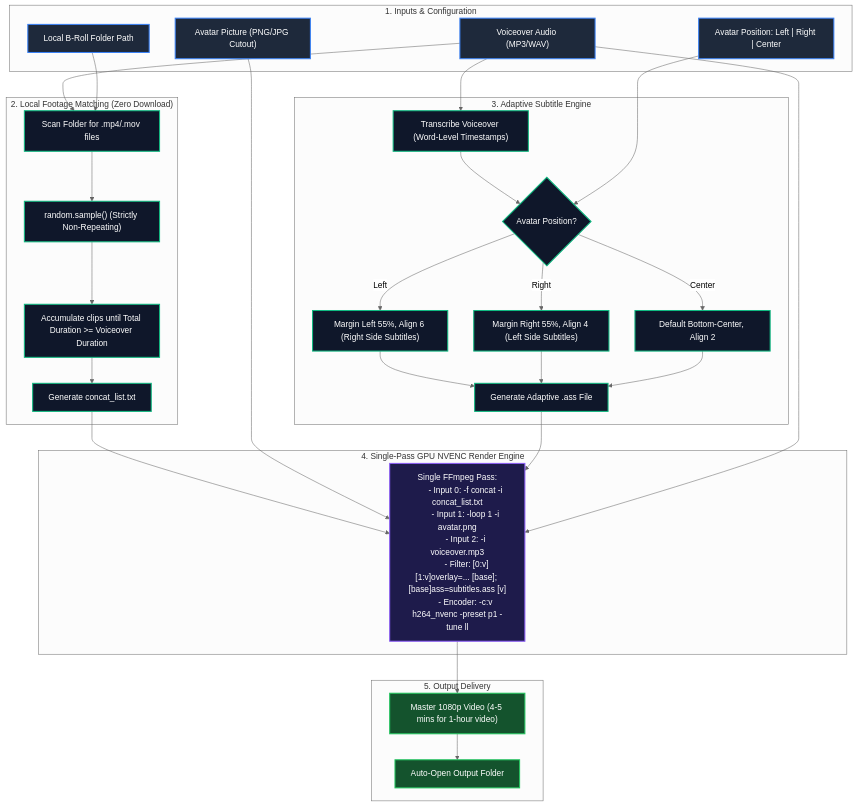
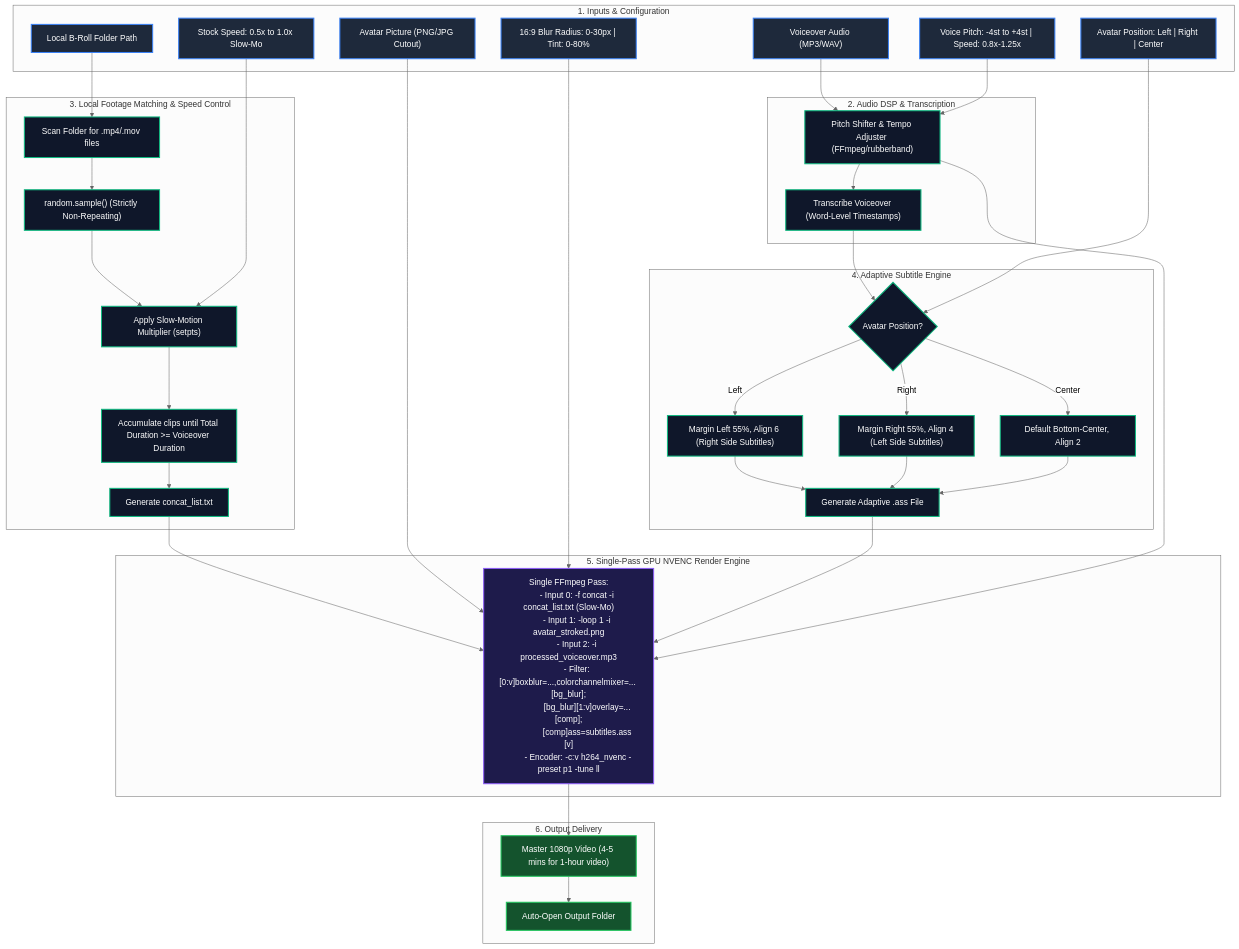
Before and after one commit to abidalidevv/voiceover-to-video: the diagram in extra/NEW_AVATAR_VIDEO_ENGINE_PLAN.md, drawn with Mermaid (neutral theme). The commit also changed other lines of this file, not shown here.

Commit message:
docs: enrich Avatar Storyteller Engine plan with niches, voice pitch/speed, stock slow-mo, 16:9 full blur, and Claude kickoff prompt

````diff
--- a/extra/NEW_AVATAR_VIDEO_ENGINE_PLAN.md
+++ b/extra/NEW_AVATAR_VIDEO_ENGINE_PLAN.md
@@ -17,58 +37,71 @@
 ```mermaid
 flowchart TD
     classDef inputStyle fill:#1e293b,stroke:#3b82f6,stroke-width:2px,color:#fff;
     classDef engineStyle fill:#0f172a,stroke:#10b981,stroke-width:2px,color:#fff;
     classDef renderStyle fill:#1e1b4b,stroke:#8b5cf6,stroke-width:2px,color:#fff;
     classDef outStyle fill:#14532d,stroke:#22c55e,stroke-width:2px,color:#fff;
 
     subgraph Inputs ["1. Inputs & Configuration"]
         VO["Voiceover Audio (MP3/WAV)"]:::inputStyle
+        PITCH["Voice Pitch: -4st to +4st | Speed: 0.8x-1.25x"]:::inputStyle
         AV["Avatar Picture (PNG/JPG Cutout)"]:::inputStyle
         AV_POS["Avatar Position: Left | Right | Center"]:::inputStyle
         FOLDER["Local B-Roll Folder Path"]:::inputStyle
+        SPEED["Stock Speed: 0.5x to 1.0x Slow-Mo"]:::inputStyle
+        BLUR["16:9 Blur Radius: 0-30px | Tint: 0-80%"]:::inputStyle
     end
 
-    subgraph ClipSelection ["2. Local Footage Matching (Zero Download)"]
+    subgraph AudioProcessing ["2. Audio DSP & Transcription"]
+        DSP["Pitch Shifter & Tempo Adjuster (FFmpeg/rubberband)"]:::engineStyle
+        WHISPER["Transcribe Voiceover (Word-Level Timestamps)"]:::engineStyle
+    end
+
+    subgraph ClipSelection ["3. Local Footage Matching & Speed Control"]
         SCAN["Scan Folder for .mp4/.mov files"]:::engineStyle
         SHUFFLE["random.sample() (Strictly Non-Repeating)"]:::engineStyle
+        SLOW_MO["Apply Slow-Motion Multiplier (setpts)"]:::engineStyle
         DUR_MATCH["Accumulate clips until Total Duration >= Voiceover Duration"]:::engineStyle
         CONCAT_LIST["Generate concat_list.txt"]:::engineStyle
     end
 
-    subgraph SubtitleDirector ["3. Adaptive Subtitle Engine"]
-        WHISPER["Transcribe Voiceover (Word-Level Timestamps)"]:::engineStyle
+    subgraph SubtitleDirector ["4. Adaptive Subtitle Engine"]
         ADAPT{"Avatar Position?"}:::engineStyle
         SUB_R["Margin Left 55%, Align 6 (Right Side Subtitles)"]:::engineStyle
         SUB_L["Margin Right 55%, Align 4 (Left Side Subtitles)"]:::engineStyle
         SUB_C["Default Bottom-Center, Align 2"]:::engineStyle
         GEN_ASS["Generate Adaptive .ass File"]:::engineStyle
     end
 
-    subgraph TurboRenderer ["4. Single-Pass GPU NVENC Render Engine"]
+    subgraph TurboRenderer ["5. Single-Pass GPU NVENC Render Engine"]
         FF_CMD["Single FFmpeg Pass:
-        - Input 0: -f concat -i concat_list.txt
-        - Input 1: -loop 1 -i avatar.png
-        - Input 2: -i voiceover.mp3
-        - Filter: [0:v][1:v]overlay=... [base]; [base]ass=subtitles.ass [v]
+        - Input 0: -f concat -i concat_list.txt (Slow-Mo)
+        - Input 1: -loop 1 -i avatar_stroked.png
+        - Input 2: -i processed_voiceover.mp3
+        - Filter: [0:v]boxblur=...,colorchannelmixer=... [bg_blur];
+                 [bg_blur][1:v]overlay=... [comp];
+                 [comp]ass=subtitles.ass [v]
         - Encoder: -c:v h264_nvenc -preset p1 -tune ll"]:::renderStyle
     end
 
-    subgraph OutputDelivery ["5. Output Delivery"]
+    subgraph OutputDelivery ["6. Output Delivery"]
         OUT["Master 1080p Video (4-5 mins for 1-hour video)"]:::outStyle
         OPEN_DIR["Auto-Open Output Folder"]:::outStyle
     end
 
-    VO --> SCAN
-    FOLDER --> SCAN --> SHUFFLE --> DUR_MATCH --> CONCAT_LIST --> FF_CMD
-    VO --> WHISPER --> ADAPT
+    VO --> DSP --> WHISPER
+    PITCH --> DSP
+    FOLDER --> SCAN --> SHUFFLE --> SLOW_MO --> DUR_MATCH --> CONCAT_LIST --> FF_CMD
+    SPEED --> SLOW_MO
+    WHISPER --> ADAPT
     AV_POS --> ADAPT
     ADAPT -- "Left" --> SUB_R --> GEN_ASS
     ADAPT -- "Right" --> SUB_L --> GEN_ASS
     ADAPT -- "Center" --> SUB_C --> GEN_ASS
 
     AV --> FF_CMD
+    BLUR --> FF_CMD
     GEN_ASS --> FF_CMD
-    VO --> FF_CMD
+    DSP --> FF_CMD
 
     FF_CMD --> OUT --> OPEN_DIR
 ```
````
